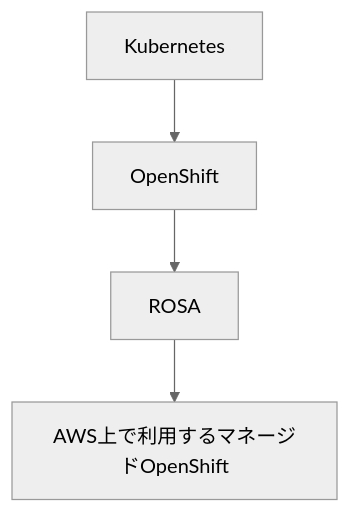
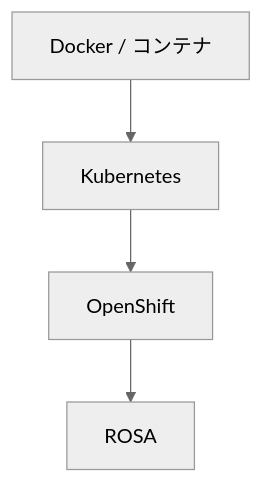
One commit to MOROISME/k8s-openshift-rosa-hands-on changed the diagram in docs/concepts.md. Above: the diagram before and after it, drawn with Mermaid (neutral theme). The commit also changed other lines of this file and 36 other files, not shown here.

First line of the commit message:
Expand the free-tier roadmap to personal ops readiness.

````diff
--- a/docs/concepts.md
+++ b/docs/concepts.md
@@ -104,6 +10,6 @@
 ```mermaid
 flowchart TD
-    A[Kubernetes] --> B[OpenShift]
-    B --> C[ROSA]
-    C --> D[AWS上で利用するマネージドOpenShift]
+    A[Docker / コンテナ] --> B[Kubernetes]
+    B --> C[OpenShift]
+    C --> D[ROSA]
 ```
````
